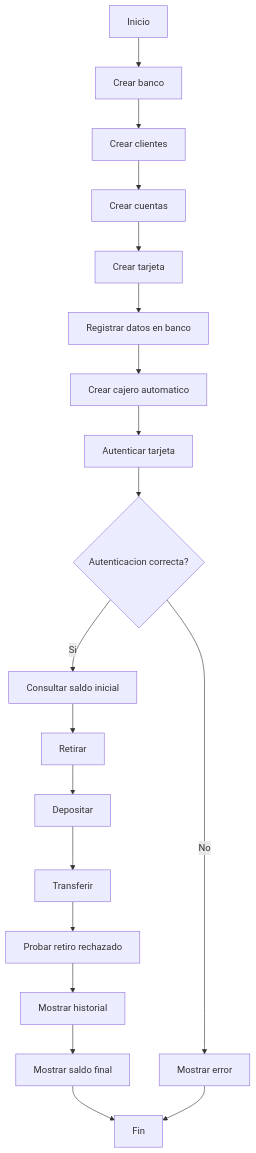
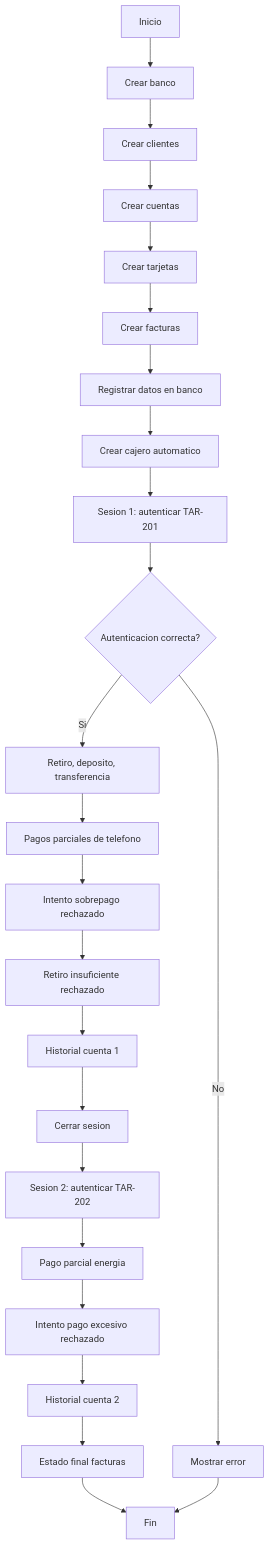
One commit to alexeiiw/programacion2-umg changed the fourth of 5 diagrams in CajeroAutomatico/diagramas.md. Above: the diagram before and after it, drawn with Mermaid. The commit also changed other lines of this file and 16 other files, not shown here.

````diff
--- a/CajeroAutomatico/diagramas.md
+++ b/CajeroAutomatico/diagramas.md
@@ -184,21 +236,26 @@
 ```mermaid
 flowchart TD
     A[Inicio] --> B[Crear banco]
     B --> C[Crear clientes]
     C --> D[Crear cuentas]
-    D --> E[Crear tarjeta]
-    E --> F[Registrar datos en banco]
-    F --> G[Crear cajero automatico]
-    G --> H[Autenticar tarjeta]
-    H --> I{Autenticacion correcta?}
-    I -- No --> J[Mostrar error]
-    I -- Si --> K[Consultar saldo inicial]
-    K --> L[Retirar]
-    L --> M[Depositar]
-    M --> N[Transferir]
-    N --> O[Probar retiro rechazado]
-    O --> P[Mostrar historial]
-    P --> Q[Mostrar saldo final]
-    Q --> R[Fin]
-    J --> R
+    D --> E[Crear tarjetas]
+    E --> F[Crear facturas]
+    F --> G[Registrar datos en banco]
+    G --> H[Crear cajero automatico]
+    H --> I[Sesion 1: autenticar TAR-201]
+    I --> J{Autenticacion correcta?}
+    J -- No --> K[Mostrar error]
+    J -- Si --> L[Retiro, deposito, transferencia]
+    L --> M[Pagos parciales de telefono]
+    M --> N[Intento sobrepago rechazado]
+    N --> O[Retiro insuficiente rechazado]
+    O --> P[Historial cuenta 1]
+    P --> Q[Cerrar sesion]
+    Q --> R[Sesion 2: autenticar TAR-202]
+    R --> S[Pago parcial energia]
+    S --> T[Intento pago excesivo rechazado]
+    T --> U[Historial cuenta 2]
+    U --> V[Estado final facturas]
+    V --> W[Fin]
+    K --> W
 ```
````
